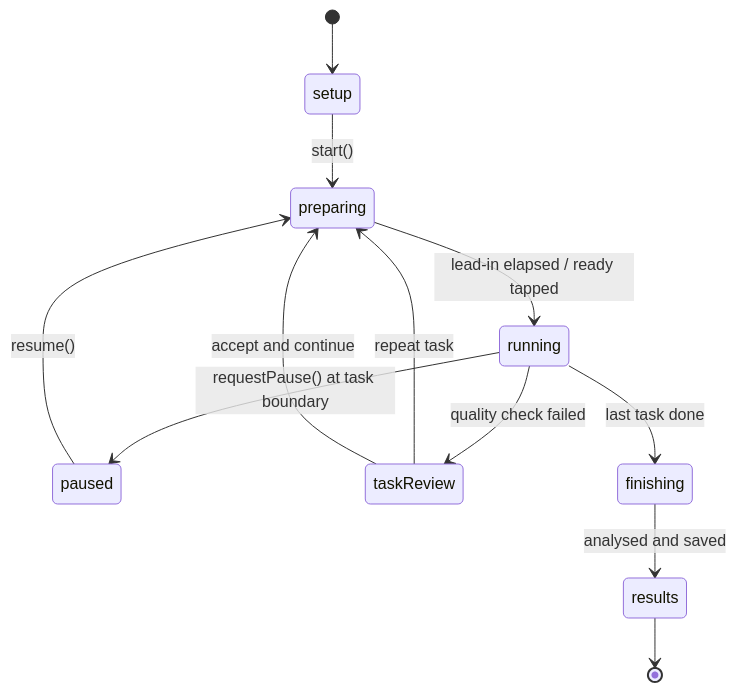
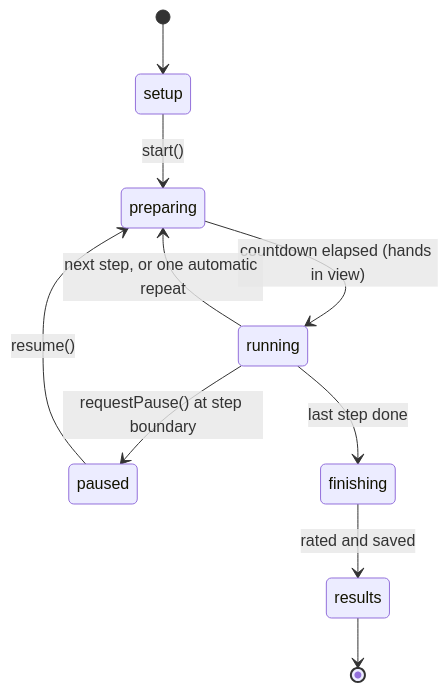
Before and after one commit to AlexTerzis/Parkinsons-Detection-App: the eighth of 12 diagrams in ARCHITECTURE.md, drawn with Mermaid. The commit also changed other lines of this file and 40 other files, not shown here.

````diff
--- a/ARCHITECTURE.md
+++ b/ARCHITECTURE.md
@@ -392,14 +378,12 @@
 ```mermaid
 stateDiagram-v2
     [*] --> setup
     setup --> preparing: start()
-    preparing --> running: lead-in elapsed / ready tapped
-    running --> paused: requestPause() at task boundary
+    preparing --> running: countdown elapsed (hands in view)
+    running --> preparing: next step, or one automatic repeat
+    running --> paused: requestPause() at step boundary
     paused --> preparing: resume()
-    running --> taskReview: quality check failed
-    taskReview --> preparing: repeat task
-    taskReview --> preparing: accept and continue
-    running --> finishing: last task done
-    finishing --> results: analysed and saved
+    running --> finishing: last step done
+    finishing --> results: rated and saved
     results --> [*]
 ```
````
